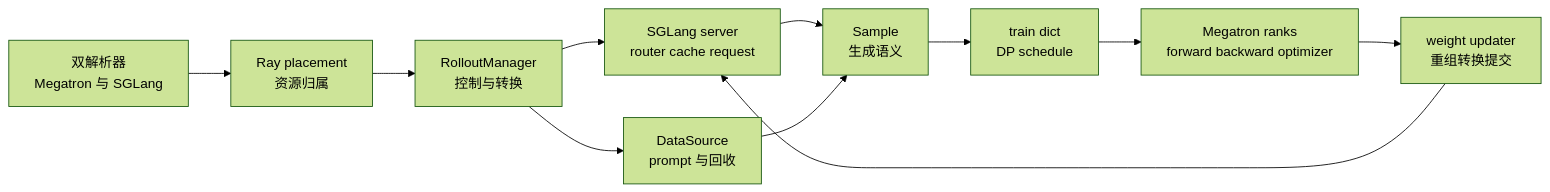
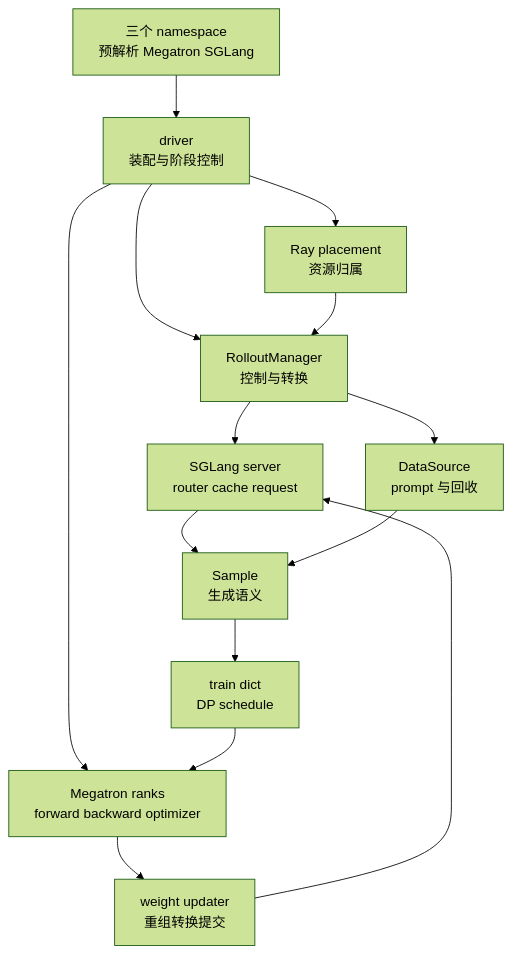
The diagram in wiki/02_engineering/04_posttrain_frameworks/slime/01_slime_architecture_overview_analysis.md (suhaibo666/llm-knowledge), drawn with Mermaid (forest theme) before and after one commit. The commit also changed other lines of this file and 27 other files, not shown here.

````diff
--- a/wiki/02_engineering/04_posttrain_frameworks/slime/01_slime_architecture_overview_analysis.md
+++ b/wiki/02_engineering/04_posttrain_frameworks/slime/01_slime_architecture_overview_analysis.md
@@ -87,13 +88,16 @@
 ```mermaid
-flowchart LR
-    CLI["双解析器<br/>Megatron 与 SGLang"] --> PG["Ray placement<br/>资源归属"]
+flowchart TB
+    CLI["三个 namespace<br/>预解析 Megatron SGLang"] --> D["driver<br/>装配与阶段控制"]
+    D --> PG["Ray placement<br/>资源归属"]
+    D --> RM
+    D --> MG
     PG --> RM["RolloutManager<br/>控制与转换"]
     RM --> SG["SGLang server<br/>router cache request"]
     RM --> DS["DataSource<br/>prompt 与回收"]
     SG --> SA["Sample<br/>生成语义"]
     DS --> SA
     SA --> TD["train dict<br/>DP schedule"]
     TD --> MG["Megatron ranks<br/>forward backward optimizer"]
     MG --> WU["weight updater<br/>重组转换提交"]
     WU --> SG
 ```
````
